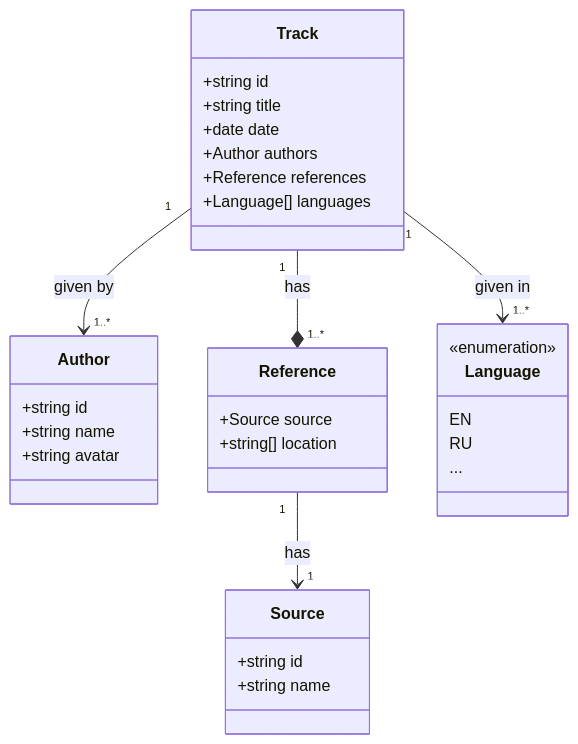
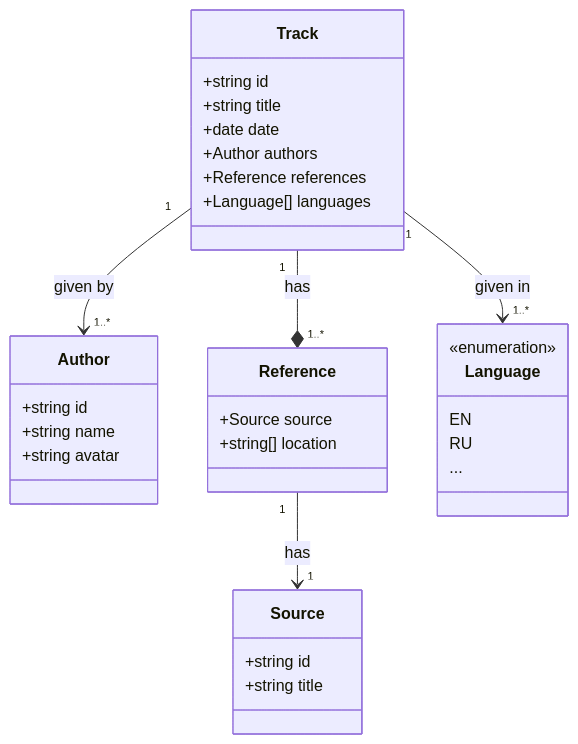
One commit to akdasa-studios/lectorium-mobile changed the first of 2 diagrams in docs/models.md. Above: the diagram before and after it, drawn with Mermaid. The commit also changed other lines of this file and 12 other files, not shown here.

````diff
--- a/docs/models.md
+++ b/docs/models.md
@@ -2,40 +2,40 @@
 ```mermaid
 classDiagram
     class Author {
         +string id
         +string name
         +string avatar
     }
 
     class Track {
         +string id
         +string title
         +date date
         +Author authors
         +Reference references
         +Language[] languages
     }
 
     class Reference {
         +Source source
         +string[] location
     }
 
     class Source {
         +string id
-        +string name
+        +string title
     }
 
     class Language {
          <<enumeration>>
         EN
         RU
         ...
     }
 
     Track "1" --> "1..*" Author : given by
     Track "1" --* "1..*" Reference : has
     Track "1" --> "1..*" Language : given in
     Reference "1" --> "1" Source : has
 
 ```
````
